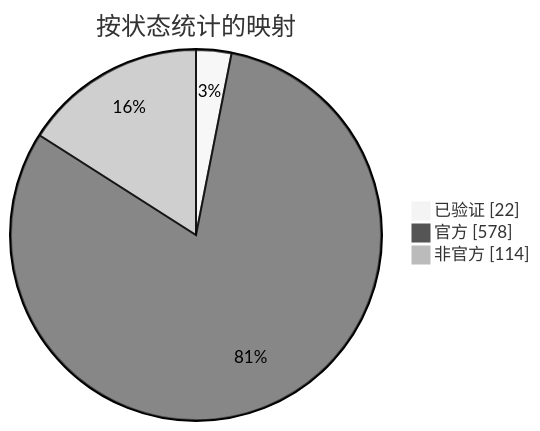
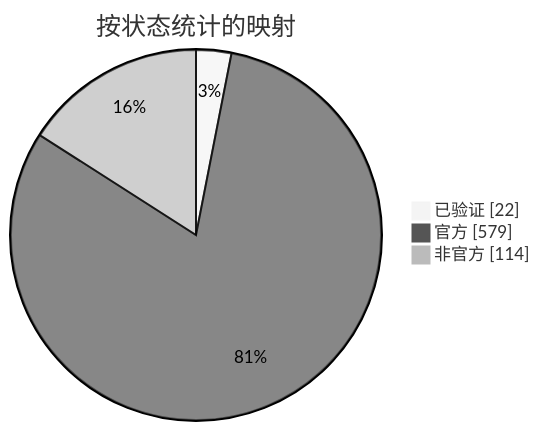
Before and after one commit to nobrega8/mbmap-library: the diagram in docs/readme/README_ZHS.md, drawn with Mermaid (neutral theme). The commit also changed 6 other files, not shown here.

````diff
--- a/docs/readme/README_ZHS.md
+++ b/docs/readme/README_ZHS.md
@@ -54,7 +54,7 @@
 ```mermaid
 pie showData
     title 按状态统计的映射
     "已验证" : 22
-    "官方" : 578
+    "官方" : 579
     "非官方" : 114
 ```
````
